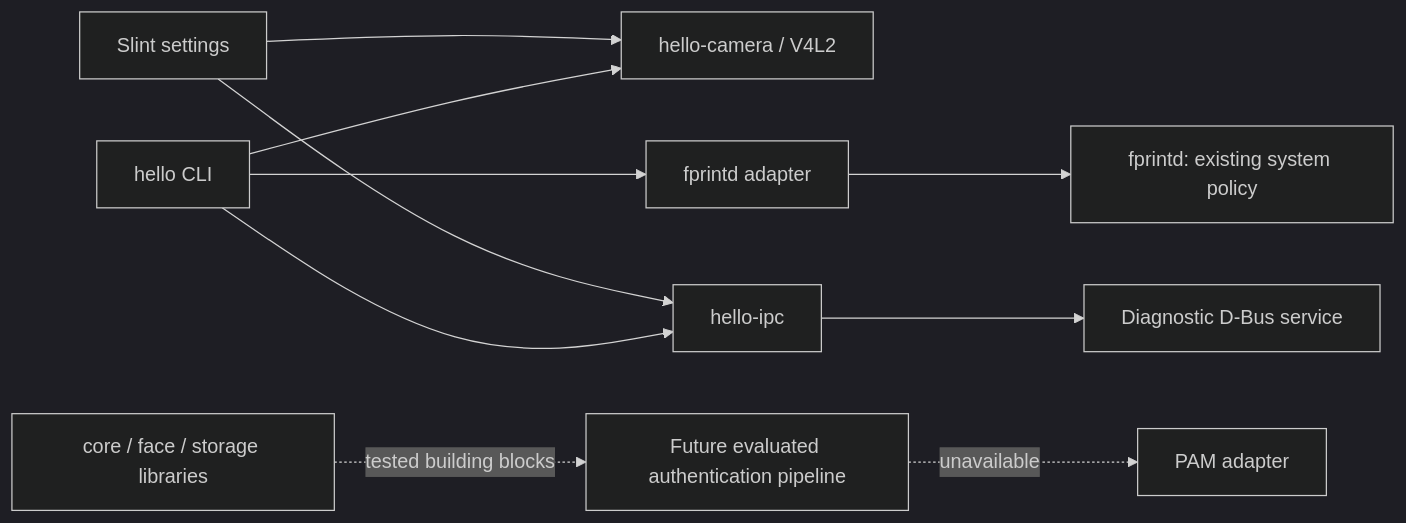
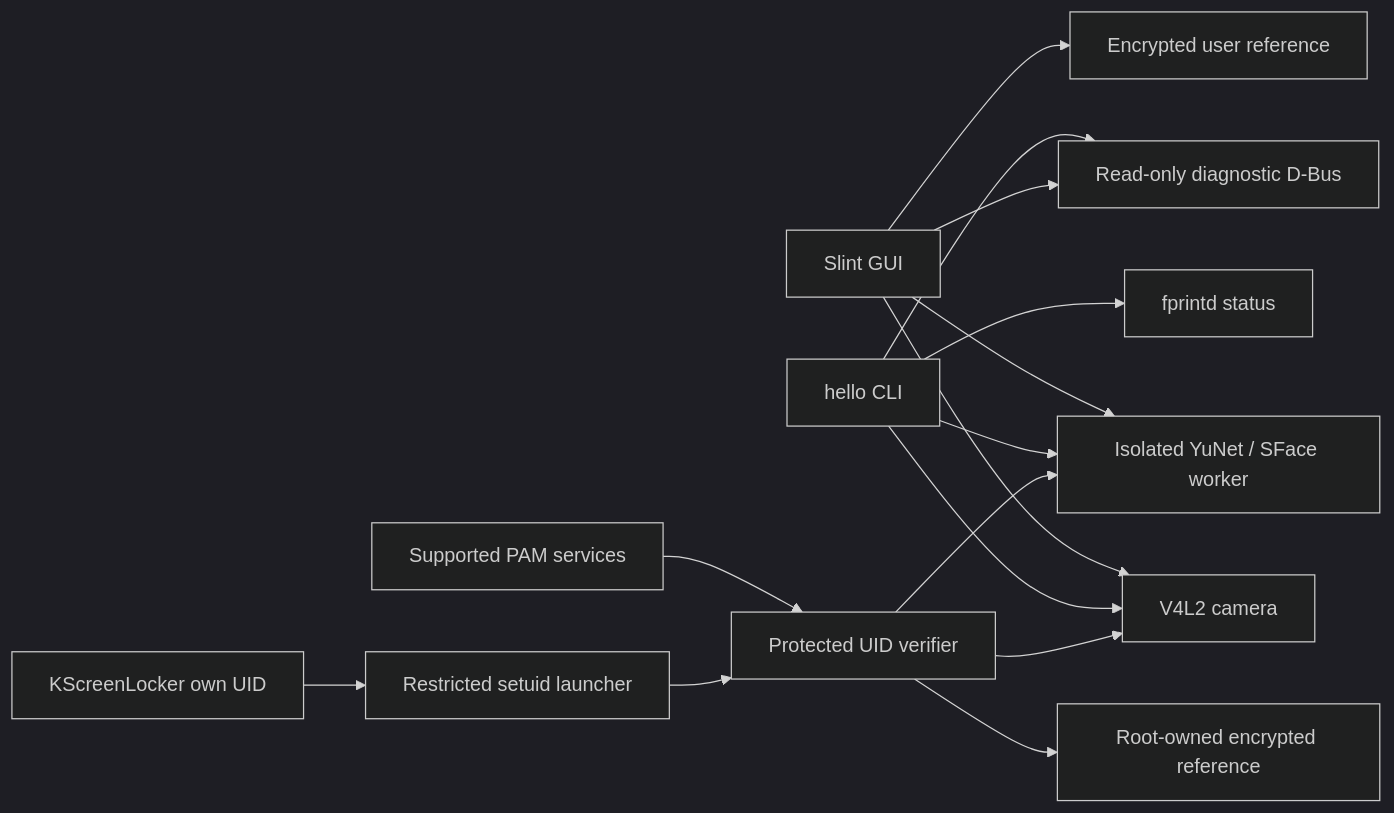
The diagram in docs/architecture.md (Jan-Bladek/linux-hello), drawn with Mermaid (dark theme) before and after one commit. The commit also changed other lines of this file and 25 other files, not shown here.

Commit message:
Unify documentation for face recognition, sudo and KDE authentication

````diff
--- a/docs/architecture.md
+++ b/docs/architecture.md
@@ -22,12 +24,17 @@
 ```mermaid
 flowchart LR
-  CLI[hello CLI] --> CAM[hello-camera / V4L2]
-  GUI[Slint settings] --> CAM
-  CLI --> IPC[hello-ipc]
-  GUI --> IPC
-  IPC --> DBUS[Diagnostic D-Bus service]
-  CLI --> FP[fprintd adapter]
-  FP --> FPRINT[fprintd: existing system policy]
-  CORE[core / face / storage libraries] -. tested building blocks .-> FUTURE[Future evaluated authentication pipeline]
-  FUTURE -. unavailable .-> PAM[PAM adapter]
+  GUI[Slint GUI] --> CAM[V4L2 camera]
+  CLI[hello CLI] --> CAM
+  GUI --> WORKER[Isolated YuNet / SFace worker]
+  CLI --> WORKER
+  GUI --> USERSTORE[Encrypted user reference]
+  CLI --> DBUS[Read-only diagnostic D-Bus]
+  GUI --> DBUS
+  PAM[Supported PAM services] --> VERIFY[Protected UID verifier]
+  LOCK[KScreenLocker own UID] --> LAUNCH[Restricted setuid launcher]
+  LAUNCH --> VERIFY
+  VERIFY --> ROOTSTORE[Root-owned encrypted reference]
+  VERIFY --> CAM
+  VERIFY --> WORKER
+  CLI --> FPRINT[fprintd status]
 ```
````
